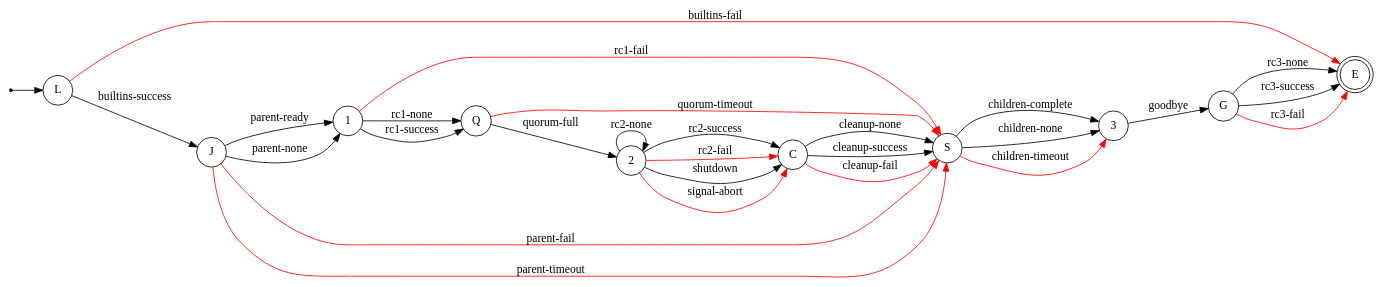
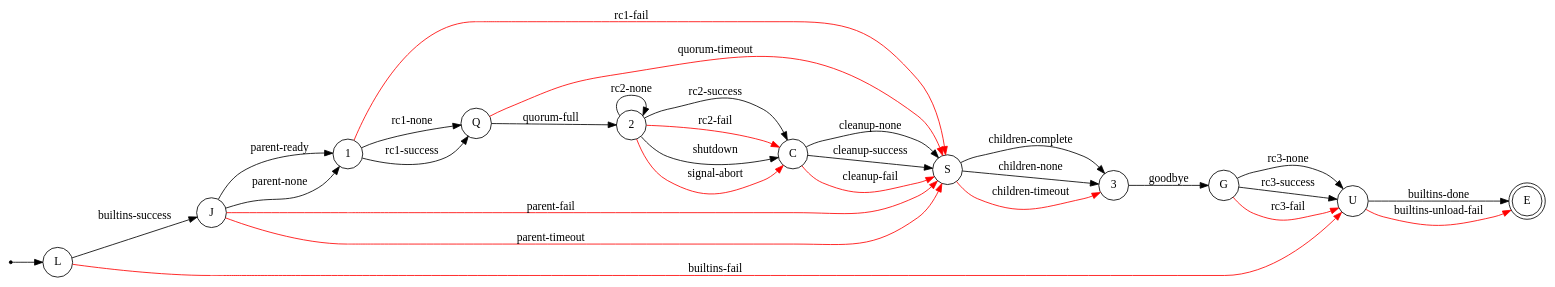
One commit to flux-framework/flux-core changed the diagram in doc/guide/images/states.dot. Above: the diagram before and after it, drawn with Graphviz. The commit also changed 2 other files, not shown here.

Commit message:
doc: document broker STATE_UNLOAD_BUILTINS
Problem: the broker UNLOAD_BUILTINS state is not mentioned in the
broker internals guide nor represented in the broker state diagrams.

Add it.

```diff
--- a/doc/guide/images/states.dot
+++ b/doc/guide/images/states.dot
@@ -1,37 +1,39 @@
 // Usage: dot -Tpng file.dot -o file.png
 
 digraph finite_state_machine {
     rankdir=LR;
 
     node [shape = point ]; Start
     node [shape = doublecircle ]; E
 
     node [shape = circle];
     Start -> L;
     L -> J [ label = "builtins-success" ];
-    L -> E [ label = "builtins-fail", color = "red" ];
+    L -> U [ label = "builtins-fail", color = "red" ];
     J -> 1 [ label = "parent-ready" ];
     J -> 1 [ label = "parent-none" ];
     J -> S [ label = "parent-fail", color = "red" ];
     J -> S [ label = "parent-timeout", color = "red" ];
     1 -> Q [ label = "rc1-none" ];
     1 -> Q [ label = "rc1-success" ];
     1 -> S [ label = "rc1-fail", color = "red" ];
     Q -> 2 [ label = "quorum-full" ];
     Q -> S [ label = "quorum-timeout", color = "red" ];
     2 -> 2 [ label = "rc2-none" ];
     2 -> C [ label = "rc2-success" ];
     2 -> C [ label = "rc2-fail", color = "red" ];
     2 -> C [ label = "shutdown" ];
     2 -> C [ label = "signal-abort", color = "red" ];
     C -> S [ label = "cleanup-none" ];
     C -> S [ label = "cleanup-success" ];
     C -> S [ label = "cleanup-fail", color = "red" ];
     S -> 3 [ label = "children-complete" ];
     S -> 3 [ label = "children-none" ];
     S -> 3 [ label = "children-timeout", color = "red" ];
     3 -> G [ label = "goodbye" ];
-    G -> E [ label = "rc3-none" ];
-    G -> E [ label = "rc3-success" ];
-    G -> E [ label = "rc3-fail", color = "red" ];
+    G -> U [ label = "rc3-none" ];
+    G -> U [ label = "rc3-success" ];
+    G -> U [ label = "rc3-fail", color = "red" ];
+    U -> E [ label = "builtins-done" ];
+    U -> E [ label = "builtins-unload-fail", color = "red" ];
 }
```
